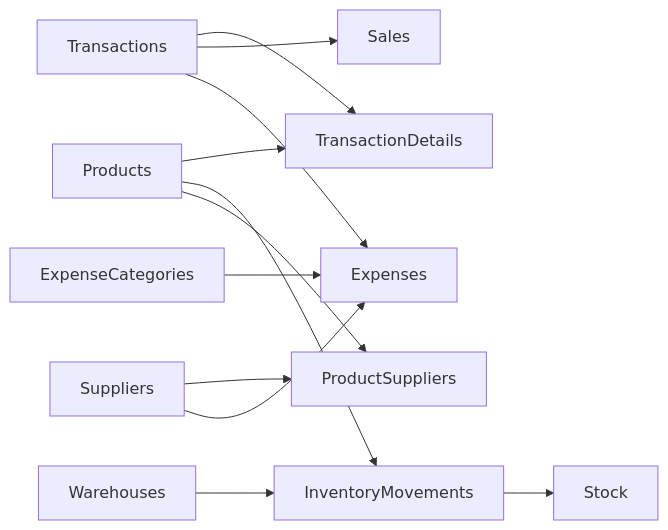
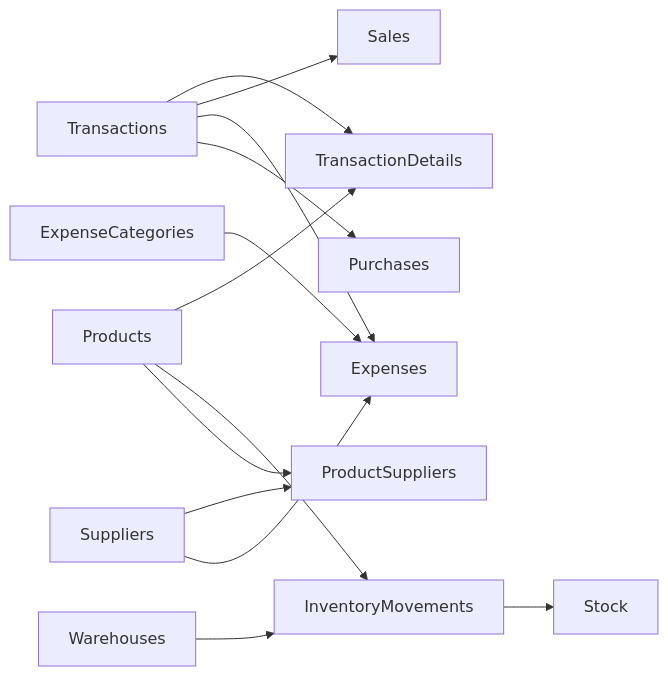
Before and after one commit to SebastianDelage/sERPent-back-end: the third of 3 diagrams in sERPent/README.md, drawn with Mermaid. The commit also changed other lines of this file, not shown here.

````diff
--- a/sERPent/README.md
+++ b/sERPent/README.md
@@ -73,20 +73,21 @@
 ```mermaid
 flowchart LR
 
 Products --> TransactionDetails
 Transactions --> TransactionDetails
 
 Transactions --> Sales
 Transactions --> Expenses
+Transactions --> Purchases
 
 Products --> InventoryMovements
 Warehouses --> InventoryMovements
 
 InventoryMovements --> Stock
 
 Suppliers --> ProductSuppliers
 Products --> ProductSuppliers
 
 Suppliers --> Expenses
 ExpenseCategories --> Expenses
 ```
````
